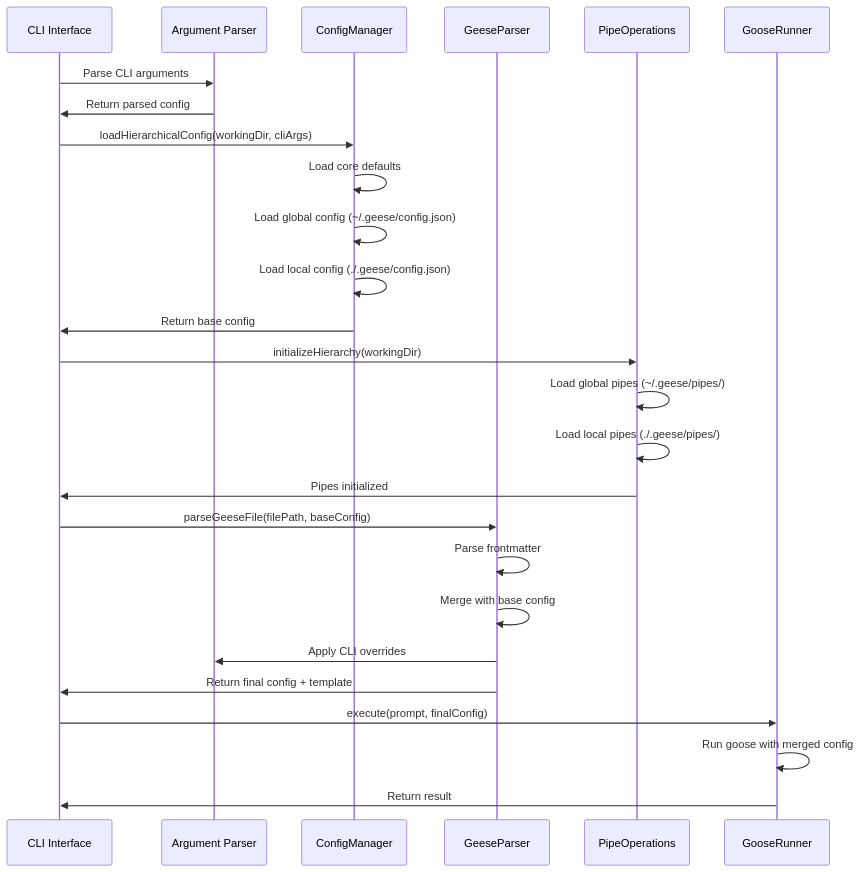
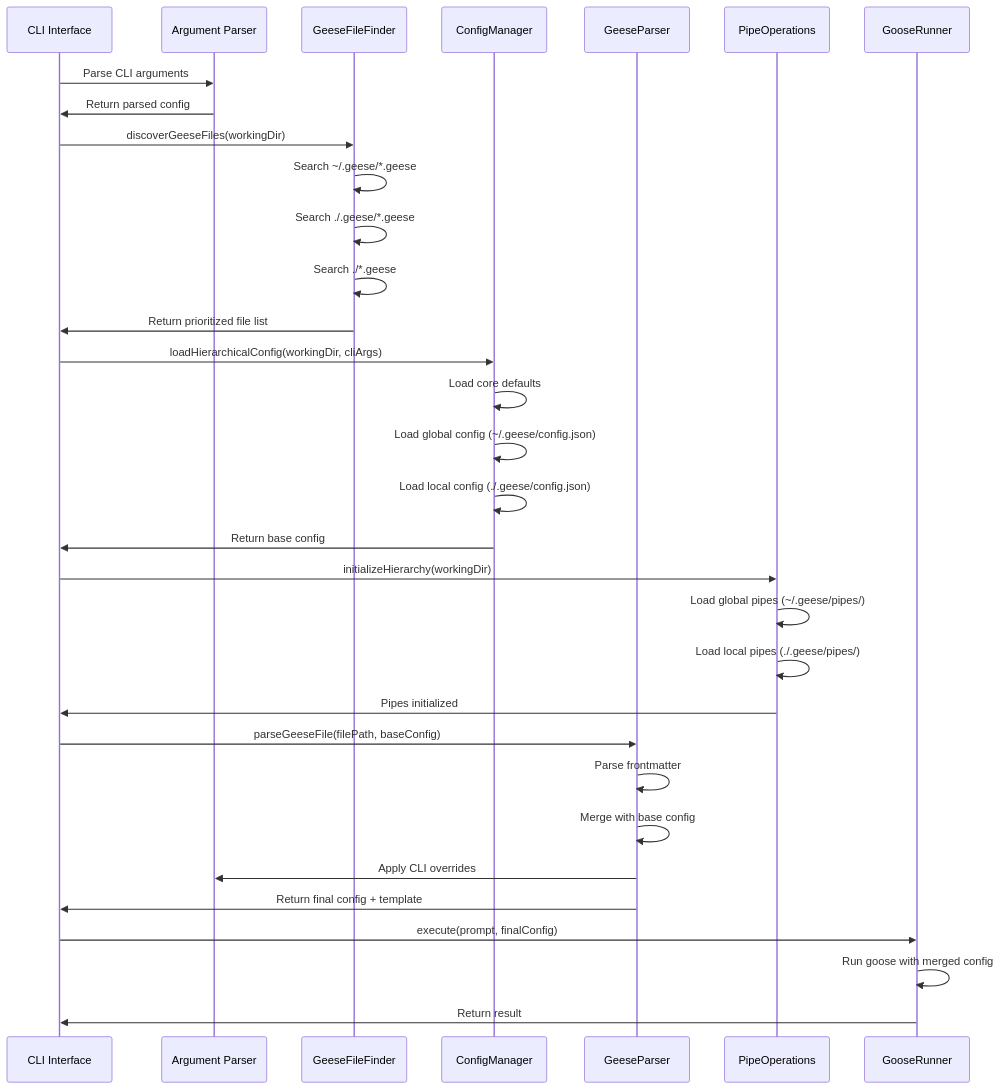
Before and after one commit to SergeiGolos/geese: the second of 2 diagrams in docs/features/configuration-and-pipe-inheritance.md, drawn with Mermaid. The commit also changed other lines of this file, not shown here.

Commit message:
Update configuration plan: .geese files now default to .geese/ directory

````diff
--- a/docs/features/configuration-and-pipe-inheritance.md
+++ b/docs/features/configuration-and-pipe-inheritance.md
@@ -717,33 +860,40 @@
 ```mermaid
 sequenceDiagram
     participant CLI as CLI Interface
     participant Parser as Argument Parser
+    participant Finder as GeeseFileFinder
     participant CM as ConfigManager
     participant GP as GeeseParser
     participant PO as PipeOperations
     participant Runner as GooseRunner
     
     CLI->>Parser: Parse CLI arguments
     Parser->>CLI: Return parsed config
+    
+    CLI->>Finder: discoverGeeseFiles(workingDir)
+    Finder->>Finder: Search ~/.geese/*.geese
+    Finder->>Finder: Search ./.geese/*.geese
+    Finder->>Finder: Search ./*.geese
+    Finder->>CLI: Return prioritized file list
     
     CLI->>CM: loadHierarchicalConfig(workingDir, cliArgs)
     CM->>CM: Load core defaults
     CM->>CM: Load global config (~/.geese/config.json)
     CM->>CM: Load local config (./.geese/config.json)
     CM->>CLI: Return base config
     
     CLI->>PO: initializeHierarchy(workingDir)
     PO->>PO: Load global pipes (~/.geese/pipes/)
     PO->>PO: Load local pipes (./.geese/pipes/)
     PO->>CLI: Pipes initialized
     
     CLI->>GP: parseGeeseFile(filePath, baseConfig)
     GP->>GP: Parse frontmatter
     GP->>GP: Merge with base config
     GP->>Parser: Apply CLI overrides
     GP->>CLI: Return final config + template
     
     CLI->>Runner: execute(prompt, finalConfig)
     Runner->>Runner: Run goose with merged config
     Runner->>CLI: Return result
 ```
````
